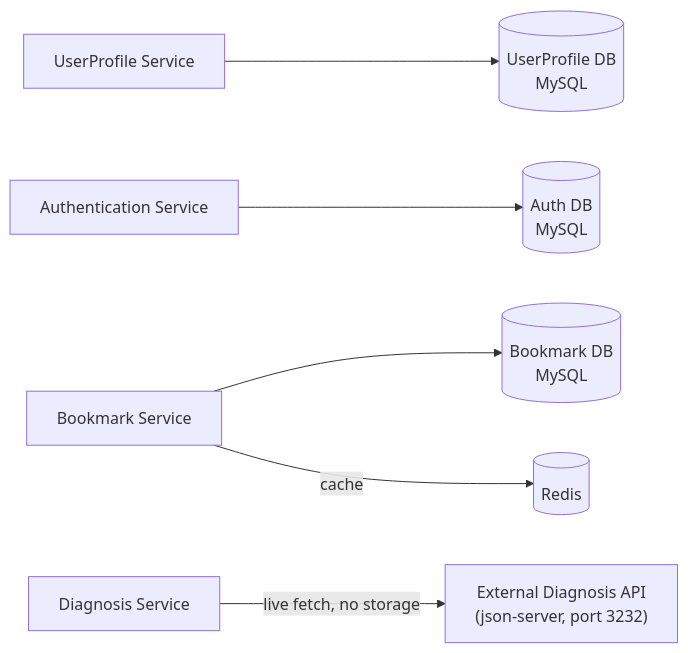
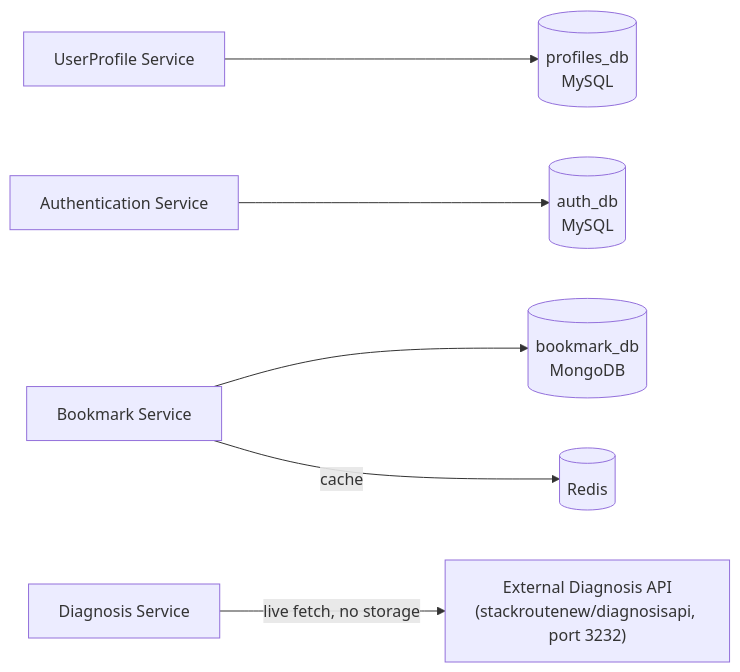
Before and after one commit to mathaisjustin/cardiac-diagonistics: the fourth of 4 diagrams in docs/ARCHITECTURE.md, drawn with Mermaid. The commit also changed other lines of this file and 29 other files, not shown here.

````diff
--- a/docs/ARCHITECTURE.md
+++ b/docs/ARCHITECTURE.md
@@ -79,8 +83,8 @@
 ```mermaid
 flowchart LR
-    UserProfile["UserProfile Service"] --> UserProfileDB[("UserProfile DB<br/>MySQL")]
-    Auth["Authentication Service"] --> AuthDB[("Auth DB<br/>MySQL")]
-    Bookmark["Bookmark Service"] --> BookmarkDB[("Bookmark DB<br/>MySQL")]
+    UserProfile["UserProfile Service"] --> UserProfileDB[("profiles_db<br/>MySQL")]
+    Auth["Authentication Service"] --> AuthDB[("auth_db<br/>MySQL")]
+    Bookmark["Bookmark Service"] --> BookmarkDB[("bookmark_db<br/>MongoDB")]
     Bookmark -- "cache" --> Redis[("Redis")]
-    Diagnosis["Diagnosis Service"] -- "live fetch, no storage" --> ExternalAPI["External Diagnosis API<br/>(json-server, port 3232)"]
+    Diagnosis["Diagnosis Service"] -- "live fetch, no storage" --> ExternalAPI["External Diagnosis API<br/>(stackroutenew/diagnosisapi, port 3232)"]
 ```
````
